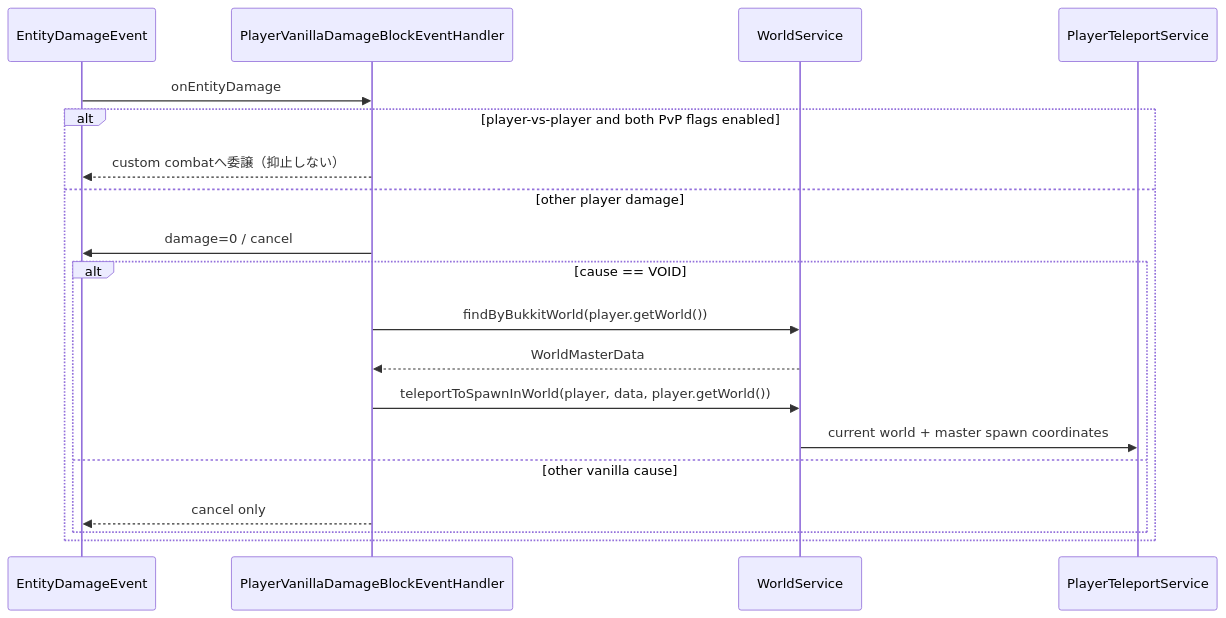
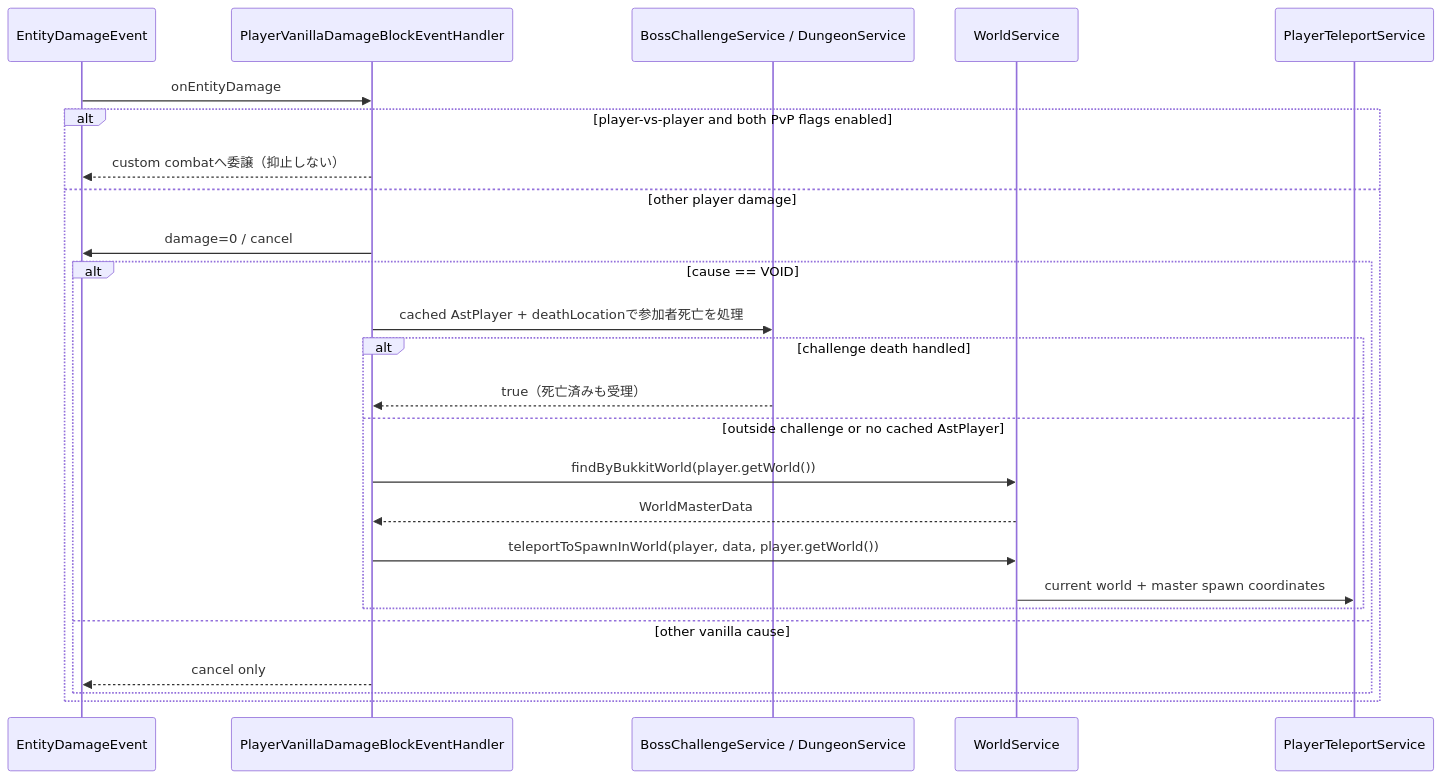
The seventh of 7 diagrams in 00_docs/10_Plugin設計書/feature/03-player/03_4-統合フロー.md (maaasu/AstralRecord-Workspace), drawn with Mermaid before and after one commit. The commit also changed other lines of this file and 11 other files, not shown here.

````diff
--- a/00_docs/10_Plugin設計書/feature/03-player/03_4-統合フロー.md
+++ b/00_docs/10_Plugin設計書/feature/03-player/03_4-統合フロー.md
@@ -229,21 +229,27 @@
 ```mermaid
 sequenceDiagram
     participant Bukkit as EntityDamageEvent
     participant Handler as PlayerVanillaDamageBlockEventHandler
+    participant Challenge as BossChallengeService / DungeonService
     participant World as WorldService
     participant Teleport as PlayerTeleportService
     Bukkit->>Handler: onEntityDamage
     alt player-vs-player and both PvP flags enabled
         Handler-->>Bukkit: custom combatへ委譲（抑止しない）
     else other player damage
         Handler->>Bukkit: damage=0 / cancel
         alt cause == VOID
+            Handler->>Challenge: cached AstPlayer + deathLocationで参加者死亡を処理
+            alt challenge death handled
+                Challenge-->>Handler: true（死亡済みも受理）
+            else outside challenge or no cached AstPlayer
             Handler->>World: findByBukkitWorld(player.getWorld())
             World-->>Handler: WorldMasterData
             Handler->>World: teleportToSpawnInWorld(player, data, player.getWorld())
             World->>Teleport: current world + master spawn coordinates
+            end
         else other vanilla cause
             Handler-->>Bukkit: cancel only
         end
     end
 ```
````
